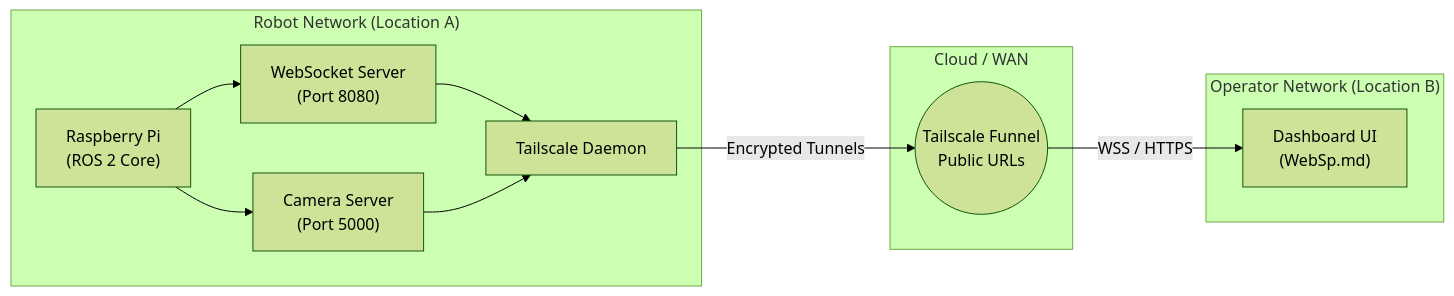
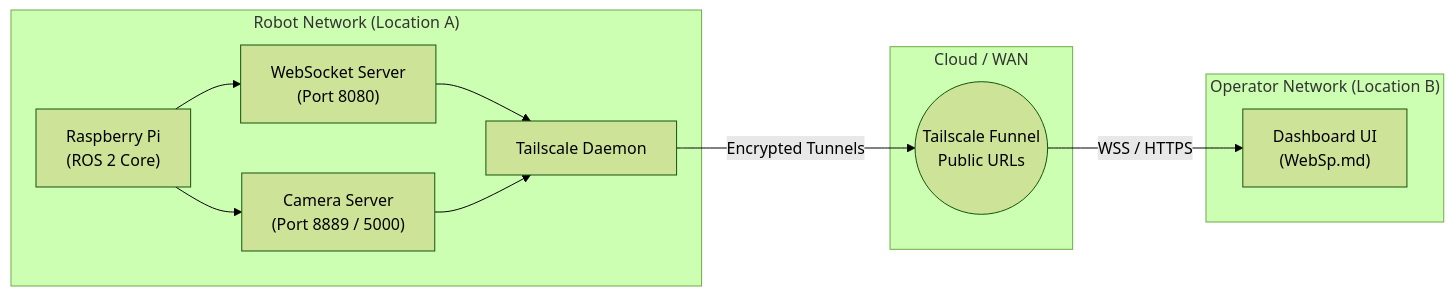
Before and after one commit to PanTiwon/RoboProject_Server: the second of 2 diagrams in README.md, drawn with Mermaid (forest theme). The commit also changed other lines of this file, not shown here.

````diff
--- a/README.md
+++ b/README.md
@@ -130,25 +145,25 @@
 ```mermaid
 flowchart LR
     subgraph Robot_Environment ["Robot Network (Location A)"]
         Pi["Raspberry Pi\n(ROS 2 Core)"]
         WSS["WebSocket Server\n(Port 8080)"]
-        Flask["Camera Server\n(Port 5000)"]
+        Flask["Camera Server\n(Port 8889 / 5000)"]
         TailscaleClient["Tailscale Daemon"]
         
         Pi --> WSS
         Pi --> Flask
         WSS --> TailscaleClient
         Flask --> TailscaleClient
     end
 
     subgraph Internet ["Cloud / WAN"]
         Funnel((Tailscale Funnel\nPublic URLs))
     end
 
     subgraph User_Environment ["Operator Network (Location B)"]
         Browser["Dashboard UI\n(WebSp.md)"]
     end
 
     TailscaleClient -->|Encrypted Tunnels| Funnel
     Funnel -->|WSS / HTTPS| Browser
 ```
````
